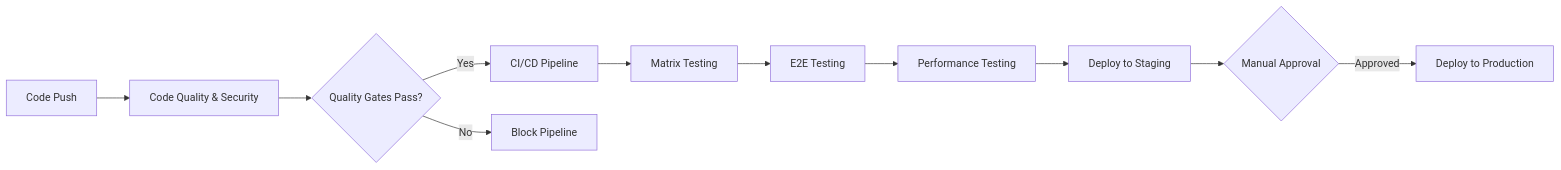
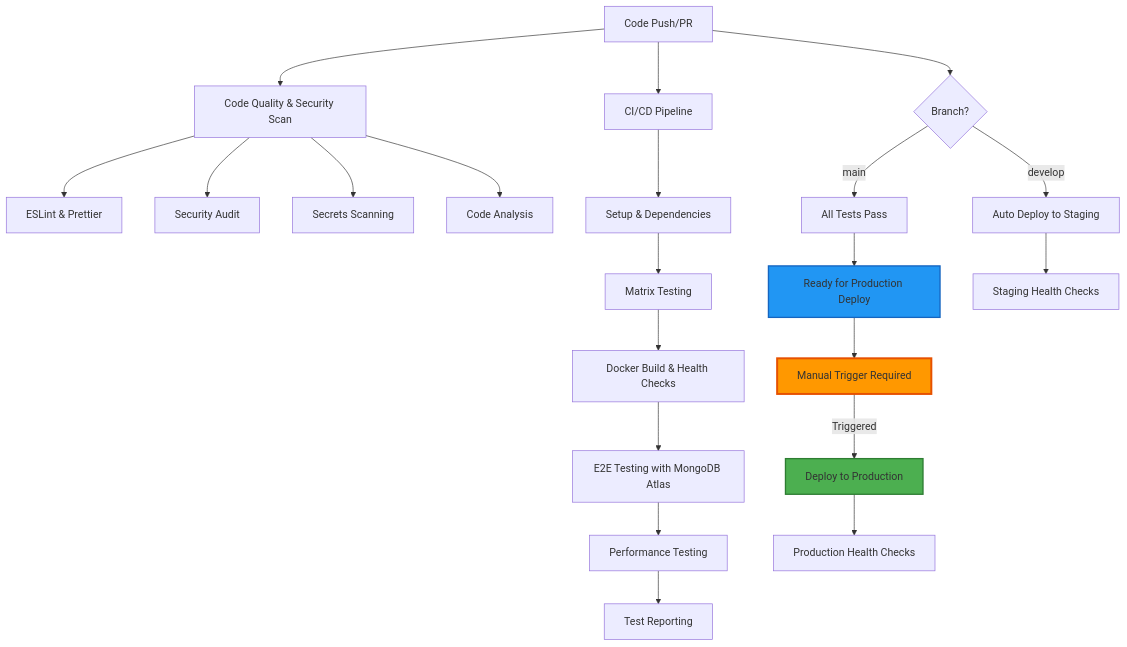
The diagram in docs/MILESTONE_2_FINAL_SUBMISSION.md (Honeegee/BrainBytesAI), drawn with Mermaid before and after one commit. The commit also changed other lines of this file and 84 other files, not shown here.

````diff
--- a/docs/MILESTONE_2_FINAL_SUBMISSION.md
+++ b/docs/MILESTONE_2_FINAL_SUBMISSION.md
@@ -125,13 +168,33 @@
 ```mermaid
-graph LR
-    A[Code Push] --> B[Code Quality & Security]
-    B --> C{Quality Gates Pass?}
-    C -->|Yes| D[CI/CD Pipeline]
-    C -->|No| E[Block Pipeline]
-    D --> F[Matrix Testing]
-    F --> G[E2E Testing]
-    G --> H[Performance Testing]
-    H --> I[Deploy to Staging]
-    I --> J{Manual Approval}
-    J -->|Approved| K[Deploy to Production]
+graph TD
+    A[Code Push/PR] --> B[Code Quality & Security Scan]
+    A --> C[CI/CD Pipeline]
+    
+    B --> B1[ESLint & Prettier]
+    B --> B2[Security Audit]
+    B --> B3[Secrets Scanning]
+    B --> B4[Code Analysis]
+    
+    C --> C1[Setup & Dependencies]
+    C1 --> C2[Matrix Testing]
+    C2 --> C3[Docker Build & Health Checks]
+    C3 --> C4[E2E Testing with MongoDB Atlas]
+    C4 --> C5[Performance Testing]
+    C5 --> C6[Test Reporting]
+    
+    A --> D{Branch?}
+    D -->|develop| E[Auto Deploy to Staging]
+    D -->|main| F[All Tests Pass]
+    
+    F --> G[Ready for Production Deploy]
+    G --> H[Manual Trigger Required]
+    H -->|Triggered| I[Deploy to Production]
+    
+    E --> K[Staging Health Checks]
+    I --> L[Production Health Checks]
+    
+    style G fill:#2196f3,stroke:#1565c0,stroke-width:2px
+    style H fill:#ff9800,stroke:#e65100,stroke-width:3px
+    style I fill:#4caf50,stroke:#2e7d32,stroke-width:2px
+
 ```
````
